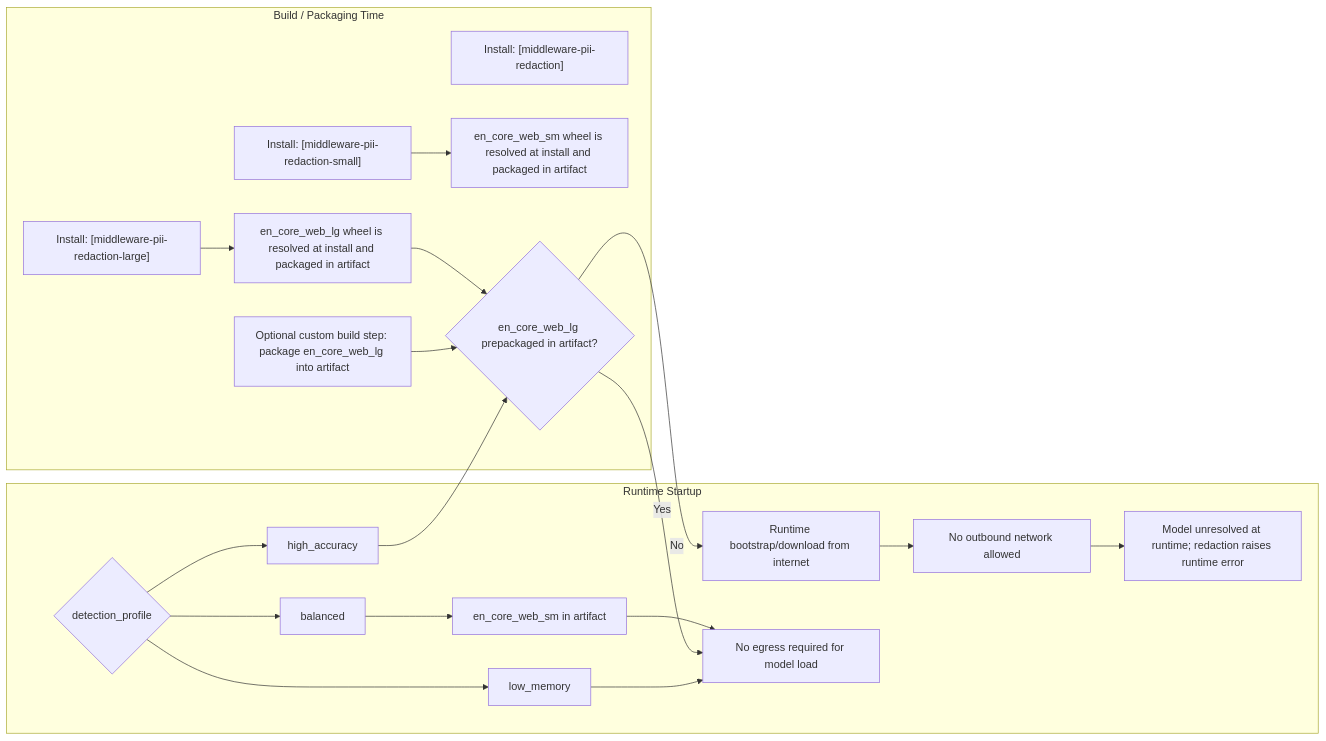
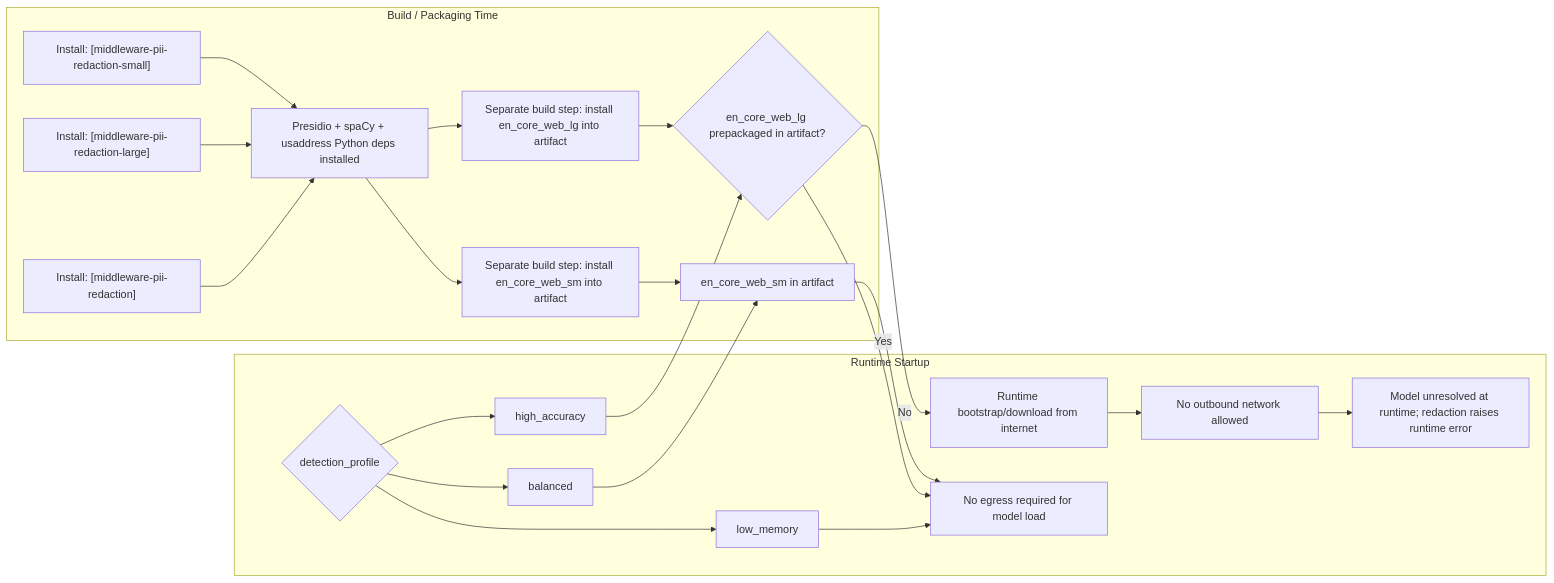
One commit to davecthomas/ai-api-unified changed the fifth of 5 diagrams in docs/pii_redaction_design.md. Above: the diagram before and after it, drawn with Mermaid. The commit also changed other lines of this file and 8 other files, not shown here.

````diff
--- a/docs/pii_redaction_design.md
+++ b/docs/pii_redaction_design.md
@@ -456,39 +456,42 @@
 ```mermaid
 flowchart LR
     subgraph BuildTime["Build / Packaging Time"]
         ExtraSmall["Install: [middleware-pii-redaction-small]"]
         ExtraLarge["Install: [middleware-pii-redaction-large]"]
         ExtraStandard["Install: [middleware-pii-redaction]"]
-        SmallWheel["en_core_web_sm wheel is resolved at install and packaged in artifact"]
-        LargeWheel["en_core_web_lg wheel is resolved at install and packaged in artifact"]
-        ManualLarge["Optional custom build step: package en_core_web_lg into artifact"]
+        BaseDeps["Presidio + spaCy + usaddress Python deps installed"]
+        SmallWheel["Separate build step: install en_core_web_sm into artifact"]
+        LargeWheel["Separate build step: install en_core_web_lg into artifact"]
 
-        ExtraSmall --> SmallWheel
-        ExtraLarge --> LargeWheel
+        ExtraSmall --> BaseDeps
+        ExtraLarge --> BaseDeps
+        ExtraStandard --> BaseDeps
+        BaseDeps --> SmallWheel
+        BaseDeps --> LargeWheel
         LargeWheel --> ModelLg
-        ManualLarge --> ModelLg
+        SmallWheel --> ModelSm
     end
 
     subgraph Runtime["Runtime Startup"]
         Profile{"detection_profile"}
         SmallProfile["balanced"]
         LargeProfile["high_accuracy"]
         RegexProfile["low_memory"]
         ModelSm["en_core_web_sm in artifact"]
         ModelLg{"en_core_web_lg prepackaged in artifact?"}
         RuntimeFetch["Runtime bootstrap/download from internet"]
         NoNetwork["No egress required for model load"]
         NoEgress["No outbound network allowed"]
         RuntimeFailure["Model unresolved at runtime; redaction raises runtime error"]
 
         Profile --> SmallProfile
         Profile --> LargeProfile
         Profile --> RegexProfile
         SmallProfile --> ModelSm --> NoNetwork
         LargeProfile --> ModelLg
         ModelLg -->|Yes| NoNetwork
         ModelLg -->|No| RuntimeFetch
         RuntimeFetch --> NoEgress --> RuntimeFailure
         RegexProfile --> NoNetwork
     end
 ```
````
